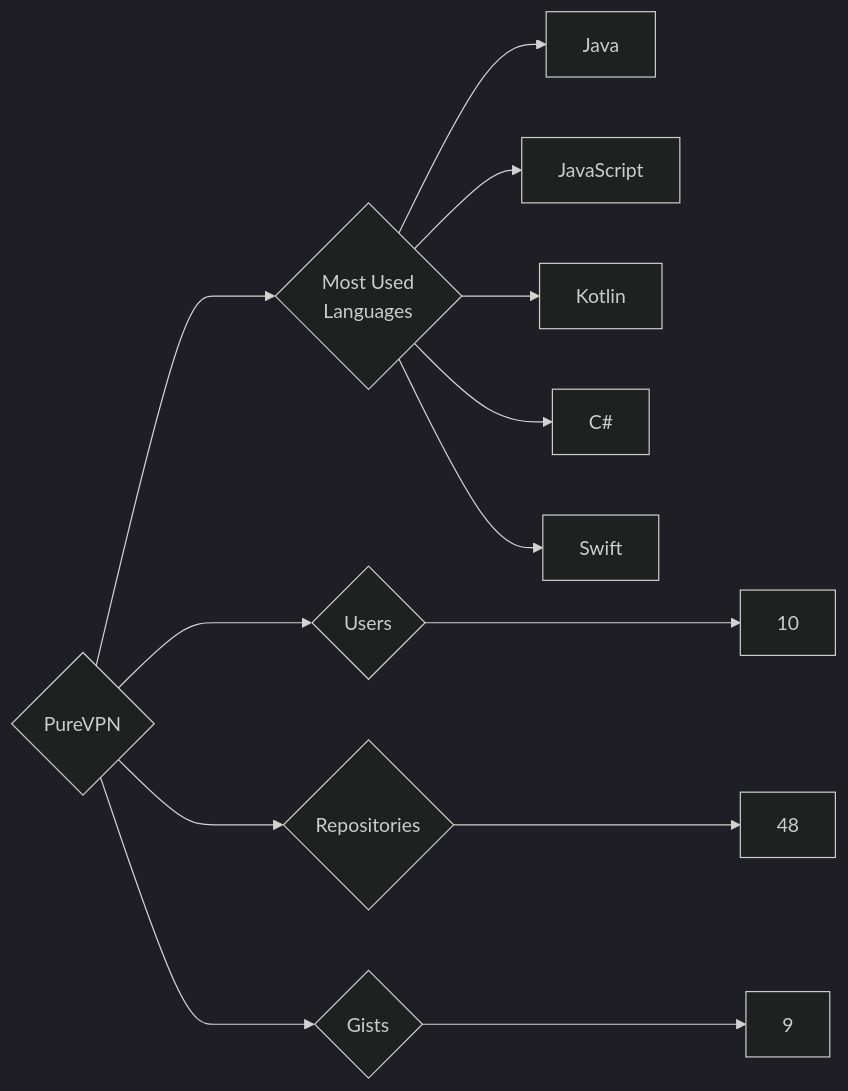
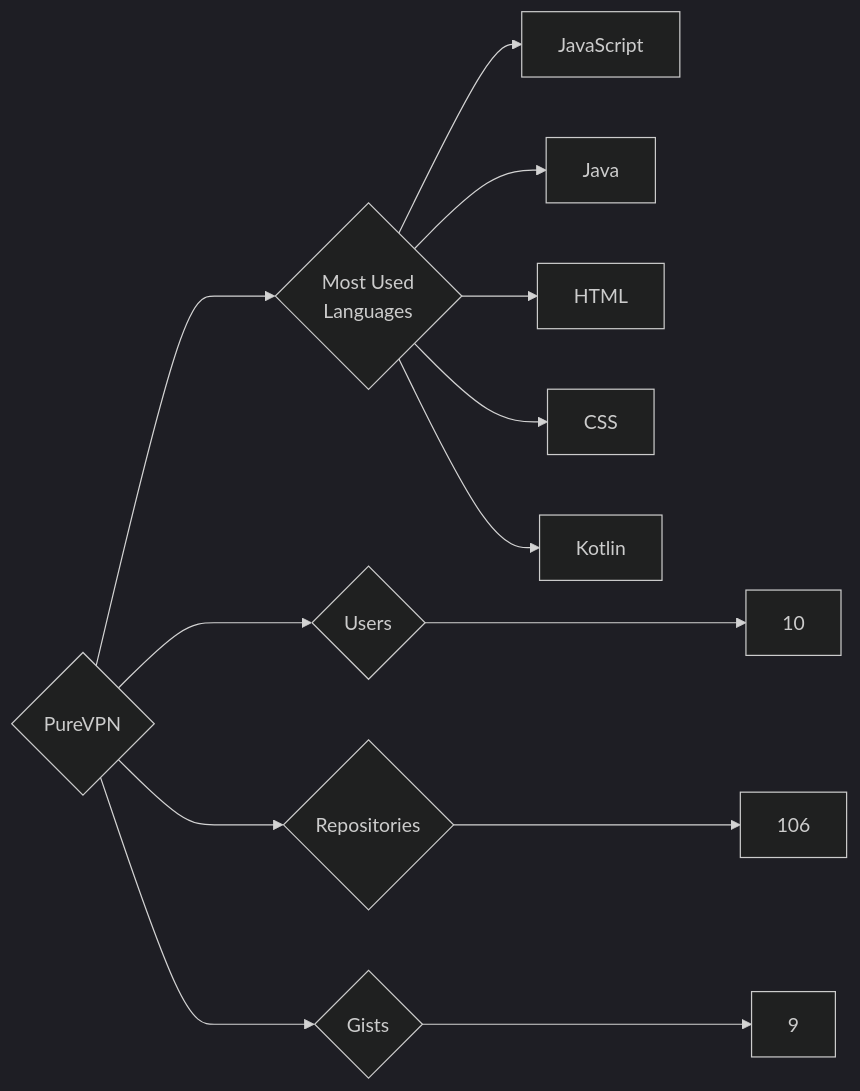
Before and after one commit to trickest/insiders: the diagram in targets/PureVPN/README.md, drawn with Mermaid (dark theme). The commit also changed 681 other files, not shown here.

````diff
--- a/targets/PureVPN/README.md
+++ b/targets/PureVPN/README.md
@@ -3,13 +3,13 @@
 ```mermaid
 graph LR
 COMPANY_NAME{PureVPN}
 COMPANY_NAME ---> U{Users} ---> UN[10]
-COMPANY_NAME ---> R{Repositories} ---> RN[48]
+COMPANY_NAME ---> R{Repositories} ---> RN[106]
 COMPANY_NAME ---> G{Gists} ---> GN[9]
 COMPANY_NAME ---> ML{Most Used<br>Languages}
+ML --> JavaScript[JavaScript]
 ML --> Java[Java]
-ML --> JavaScript[JavaScript]
+ML --> HTML[HTML]
+ML --> CSS[CSS]
 ML --> Kotlin[Kotlin]
-ML --> C#[C#]
-ML --> Swift[Swift]
 ```
````
